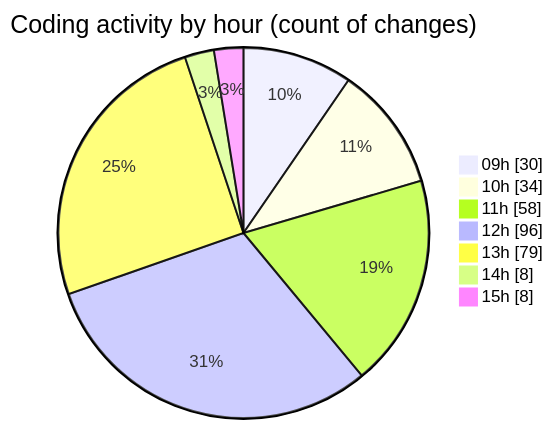
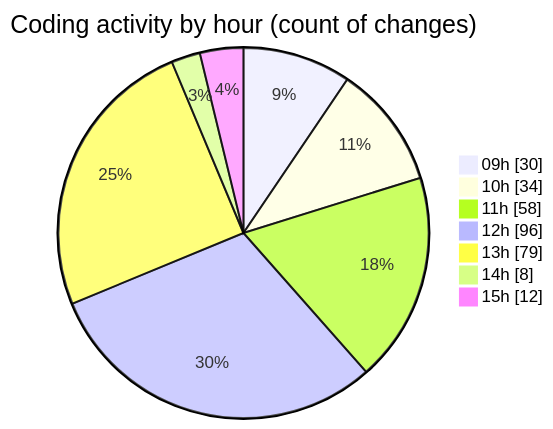
One commit to momahboobian/code-tracking changed the second of 2 diagrams in 2025-04-02/cda/README.md. Above: the diagram before and after it, drawn with Mermaid. The commit also changed other lines of this file and 1 other file, not shown here.

````diff
--- a/2025-04-02/cda/README.md
+++ b/2025-04-02/cda/README.md
@@ -37,11 +37,11 @@
 ```mermaid
 pie showData
 title Coding activity by hour (count of changes)
 "09h" : 30
 "10h" : 34
 "11h" : 58
 "12h" : 96
 "13h" : 79
 "14h" : 8
-"15h" : 8
+"15h" : 12
 ```
````
